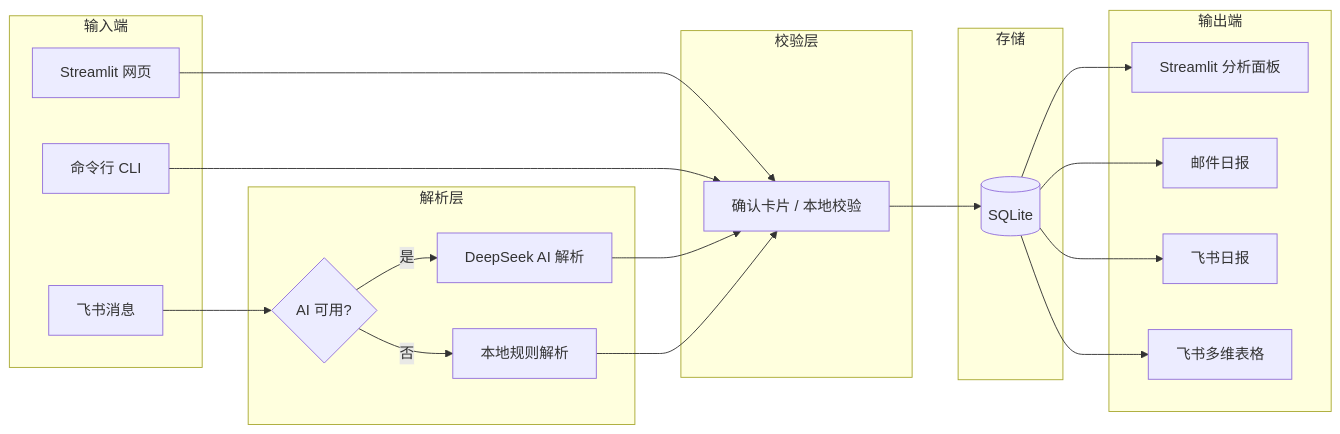
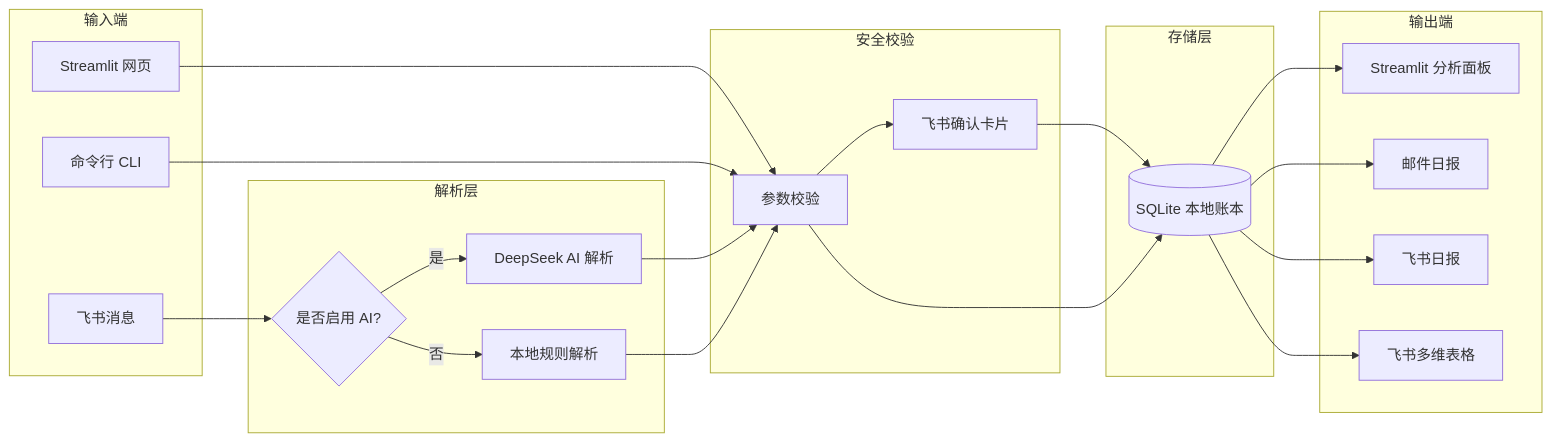
Before and after one commit to kingoahuy/finance_tracker: the diagram in README.md, drawn with Mermaid. The commit also changed other lines of this file, not shown here.

````diff
--- a/README.md
+++ b/README.md
@@ -81,42 +82,45 @@
 ```mermaid
 flowchart LR
     subgraph 输入端
         A[飞书消息]
         B[Streamlit 网页]
         C[命令行 CLI]
     end
 
     subgraph 解析层
-        D{AI 可用?}
+        D{是否启用 AI?}
         E[DeepSeek AI 解析]
         F[本地规则解析]
     end
 
-    subgraph 校验层
-        G[确认卡片 / 本地校验]
+    subgraph 安全校验
+        G[参数校验]
+        H[飞书确认卡片]
     end
 
-    subgraph 存储
-        H[(SQLite)]
+    subgraph 存储层
+        I[(SQLite 本地账本)]
     end
 
     subgraph 输出端
-        I[Streamlit 分析面板]
-        J[邮件日报]
-        K[飞书日报]
-        L[飞书多维表格]
+        J[Streamlit 分析面板]
+        K[邮件日报]
+        L[飞书日报]
+        M[飞书多维表格]
     end
 
     A --> D
     B --> G
     C --> G
     D -->|是| E
     D -->|否| F
     E --> G
     F --> G
     G --> H
     H --> I
-    H --> J
-    H --> K
-    H --> L
+    G --> I
+    I --> J
+    I --> K
+    I --> L
+    I --> M
 ```
````
